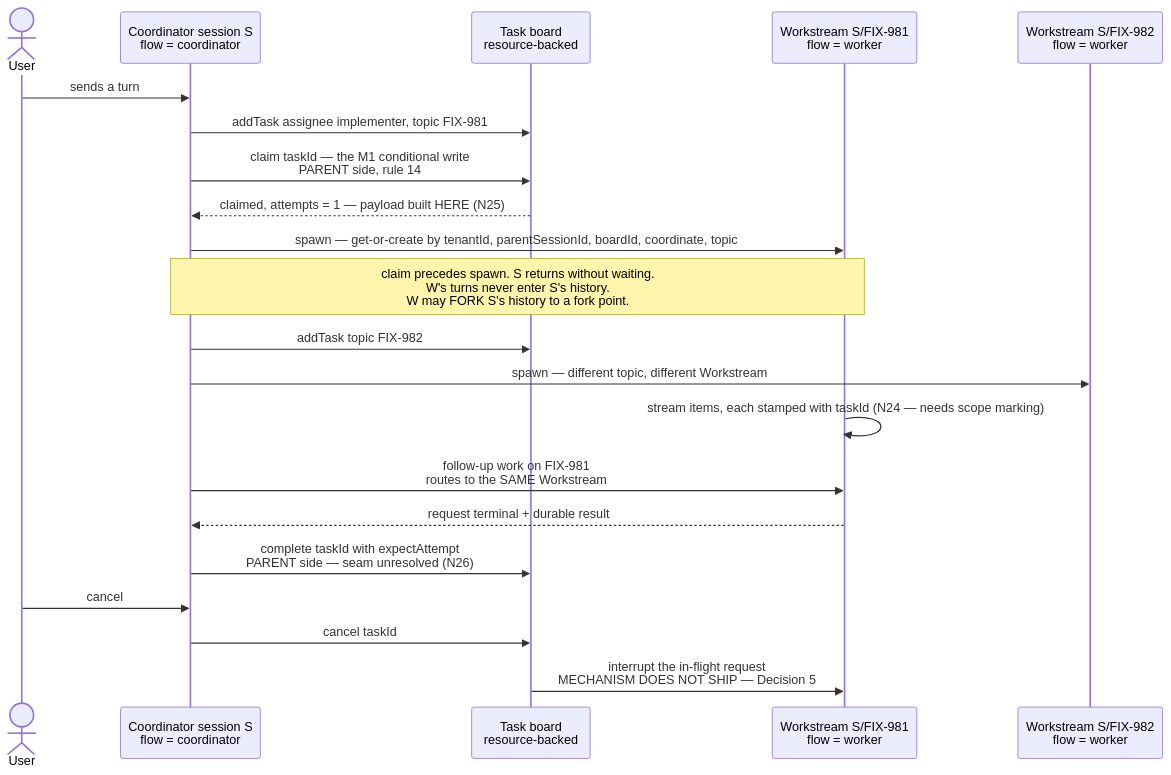
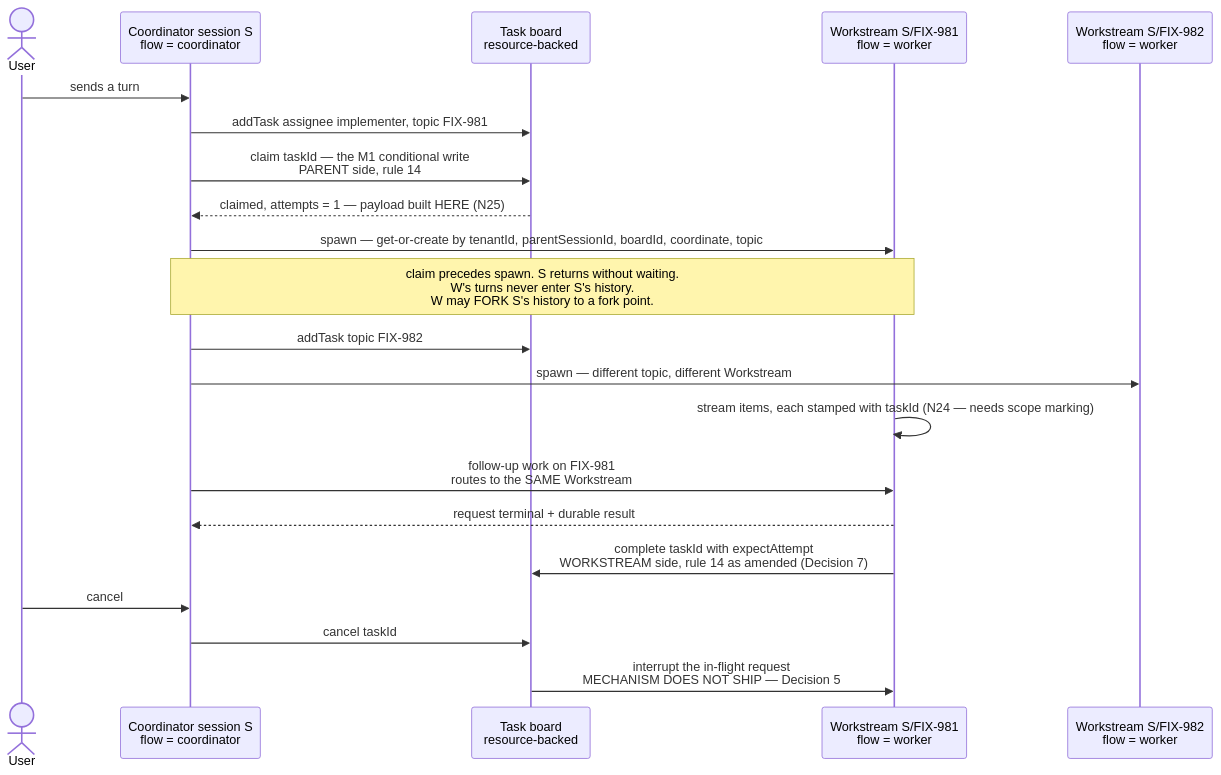
Before and after one commit to fixpoint-labs/flow-state-dev: the first of 2 diagrams in docs/specs/_epics/durable-jobs.md, drawn with Mermaid. The commit also changed other lines of this file, not shown here.

````diff
--- a/docs/specs/_epics/durable-jobs.md
+++ b/docs/specs/_epics/durable-jobs.md
@@ -39,24 +39,24 @@
 ```mermaid
 sequenceDiagram
   actor U as User
   participant C as Coordinator session S<br/>flow = coordinator
   participant B as Task board<br/>resource-backed
   participant W as Workstream S/FIX-981<br/>flow = worker
   participant W2 as Workstream S/FIX-982<br/>flow = worker
 
   U->>C: sends a turn
   C->>B: addTask assignee implementer, topic FIX-981
   C->>B: claim taskId — the M1 conditional write<br/>PARENT side, rule 14
   B-->>C: claimed, attempts = 1 — payload built HERE (N25)
   C->>W: spawn — get-or-create by tenantId, parentSessionId, boardId, coordinate, topic
   Note over C,W: claim precedes spawn. S returns without waiting.<br/>W's turns never enter S's history.<br/>W may FORK S's history to a fork point.
   C->>B: addTask topic FIX-982
   C->>W2: spawn — different topic, different Workstream
   W->>W: stream items, each stamped with taskId (N24 — needs scope marking)
   C->>W: follow-up work on FIX-981<br/>routes to the SAME Workstream
   W-->>C: request terminal + durable result
-  C->>B: complete taskId with expectAttempt<br/>PARENT side — seam unresolved (N26)
+  W->>B: complete taskId with expectAttempt<br/>WORKSTREAM side, rule 14 as amended (Decision 7)
   U->>C: cancel
   C->>B: cancel taskId
   B->>W: interrupt the in-flight request<br/>MECHANISM DOES NOT SHIP — Decision 5
 ```
````
